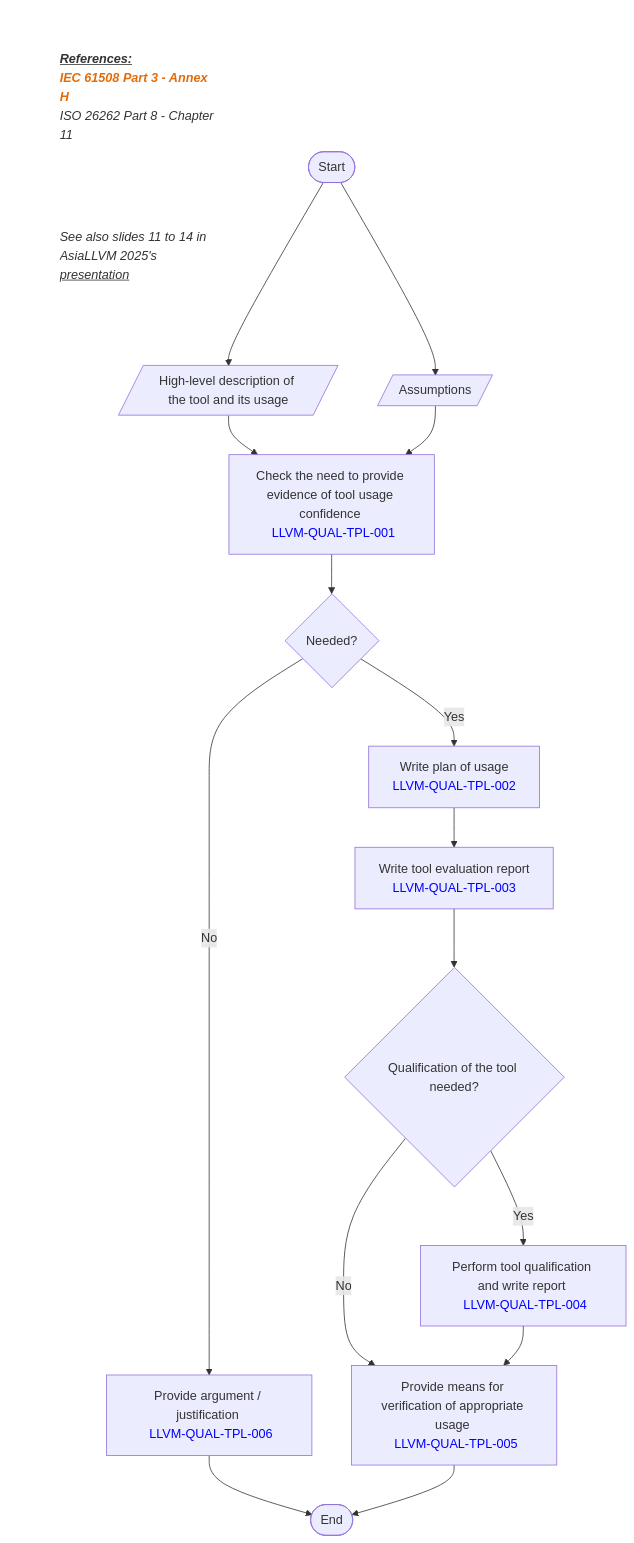
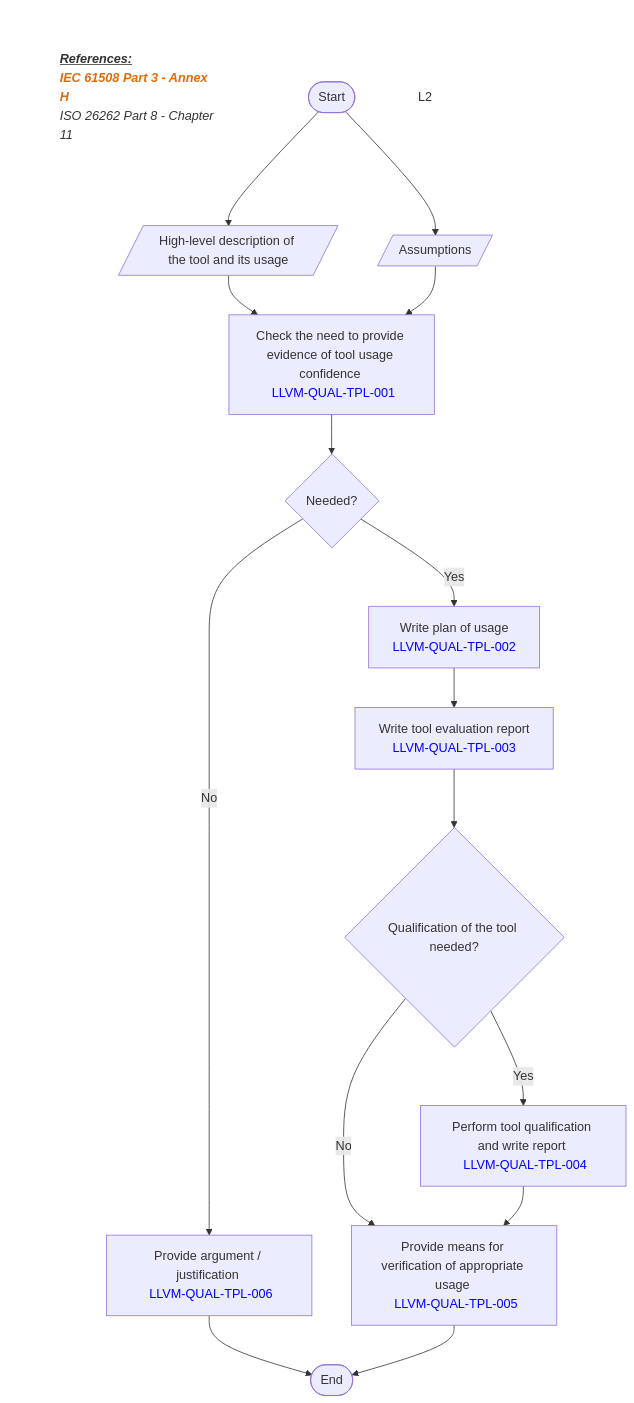
Before and after one commit to llvm/llvm-wgs: the diagram in fusa-qual-wg/tools/workflows/tool_usage_confidence_for_developers.mmd, drawn with Mermaid. The commit also changed 1 other file, not shown here.

Commit message:
[fusa-qual-wg] Remove reference to AsiaLLVM 2025’s presentation in the png.
The reference does not identify the presentation title, presenter, or
provide a link, so a reader cannot reliably locate the source.

```diff
--- a/fusa-qual-wg/tools/workflows/tool_usage_confidence_for_developers.mmd
+++ b/fusa-qual-wg/tools/workflows/tool_usage_confidence_for_developers.mmd
@@ -1,42 +1,38 @@
 flowchart TD
     A([Start])
     B[/"High-level description of the tool and its usage"/]
     C[/"Assumptions"/]
     D["Check the need to provide evidence of tool usage confidence <br/> <span style='color:blue'>LLVM-QUAL-TPL-001</span>"]
     E{"Needed?"}
     F["Write plan of usage <br/> <span style='color:blue'>LLVM-QUAL-TPL-002</span>"]
     G["Provide argument / justification <br/> <span style='color:blue'>LLVM-QUAL-TPL-006</span>"]
     H["Write tool evaluation report <br/> <span style='color:blue'>LLVM-QUAL-TPL-003</span>"]
     I{"Qualification of the tool needed?"}
     J["Perform tool qualification and write report <br/> <span style='color:blue'>LLVM-QUAL-TPL-004</span>"]
     K["Provide means for verification of appropriate usage <br/> <span style='color:blue'>LLVM-QUAL-TPL-005</span>"]
     L([End])
 
     A --> B
     A --> C
     B --> D
     C --> D
     D --> E
     E --> |Yes| F
     E --> |No| G
     F --> H
     H --> I
     I --> |Yes| J
     I --> |No| K
     J --> K
     G --> L
     K --> L
 
     subgraph Info [" "]
         direction TB
         L1["<b><i><u>References:</u></i></b><br/><b style='color:#E36C0A'><i>IEC 61508 Part 3 - Annex H</i></b><br/><i>ISO 26262 Part 8 - Chapter 11</i>"]
-        L2["<i>See also slides 11 to 14 in AsiaLLVM 2025's <span style='color:#0563C1; text-decoration:underline;'>presentation</span></i>"]
-        
-        %% The invisible link forces L2 to render directly below L1
-        L1 ~~~ L2
     end
 
     style Info fill:none,stroke:none
 
     style L1 fill:none,stroke:none,text-align:left
     style L2 fill:none,stroke:none,text-align:left
```
